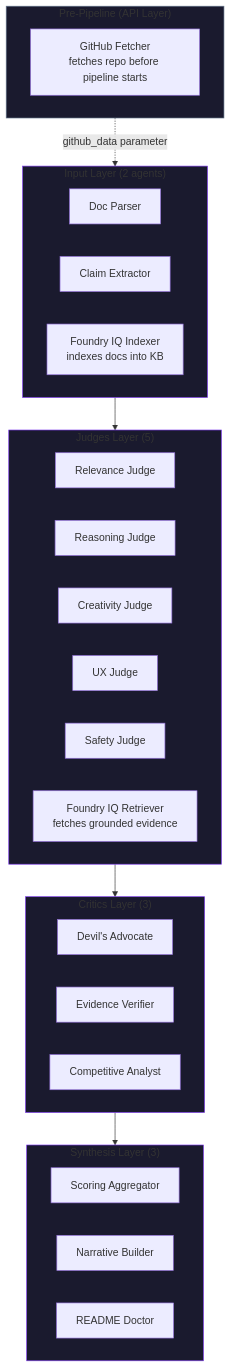
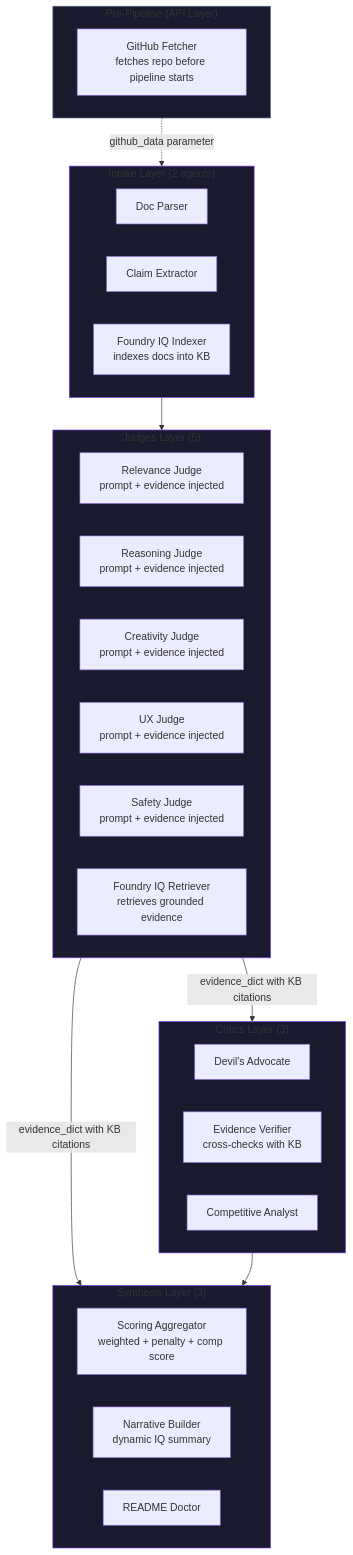
One commit to N-Garai/Shadow-Jury changed the diagram in README.md. Above: the diagram before and after it, drawn with Mermaid. The commit also changed other lines of this file and 17 other files, not shown here.

````diff
--- a/README.md
+++ b/README.md
@@ -56,44 +58,45 @@
 ```mermaid
 flowchart TB
     subgraph PreP["Pre-Pipeline (API Layer)"]
         GF[GitHub Fetcher<br/>fetches repo before pipeline starts]
     end
 
-    subgraph Input["Input Layer (2 agents)"]
+    subgraph Input["Intake Layer (2 agents)"]
         FP[Doc Parser]
         CE[Claim Extractor]
         FI[Foundry IQ Indexer<br/>indexes docs into KB]
     end
 
     subgraph Judges["Judges Layer (5)"]
-        RJ[Relevance Judge]
-        RN[Reasoning Judge]
-        CJ[Creativity Judge]
-        UJ[UX Judge]
-        SJ[Safety Judge]
-        FQ[Foundry IQ Retriever<br/>fetches grounded evidence]
+        RJ[Relevance Judge<br/>prompt + evidence injected]
+        RN[Reasoning Judge<br/>prompt + evidence injected]
+        CJ[Creativity Judge<br/>prompt + evidence injected]
+        UJ[UX Judge<br/>prompt + evidence injected]
+        SJ[Safety Judge<br/>prompt + evidence injected]
+        FQ[Foundry IQ Retriever<br/>retrieves grounded evidence]
     end
 
     subgraph Critics["Critics Layer (3)"]
         DA[Devil's Advocate]
-        EV[Evidence Verifier]
+        EV[Evidence Verifier<br/>cross-checks with KB]
         CA[Competitive Analyst]
     end
 
     subgraph Synthesis["Synthesis Layer (3)"]
-        SA[Scoring Aggregator]
-        NB[Narrative Builder]
+        SA[Scoring Aggregator<br/>weighted + penalty + comp score]
+        NB[Narrative Builder<br/>dynamic IQ summary]
         RD[README Doctor]
     end
 
     PreP -.->|github_data parameter| Input
     Input --> Judges
-    Judges --> Critics
+    Judges -->|evidence_dict with KB citations| Critics
+    Judges -->|evidence_dict with KB citations| Synthesis
     Critics --> Synthesis
 
     style PreP fill:#1a1a2e,stroke:#64748b
     style Input fill:#1a1a2e,stroke:#7c3aed
     style Judges fill:#1a1a2e,stroke:#7c3aed
     style Critics fill:#1a1a2e,stroke:#7c3aed
     style Synthesis fill:#1a1a2e,stroke:#7c3aed
 ```
````
